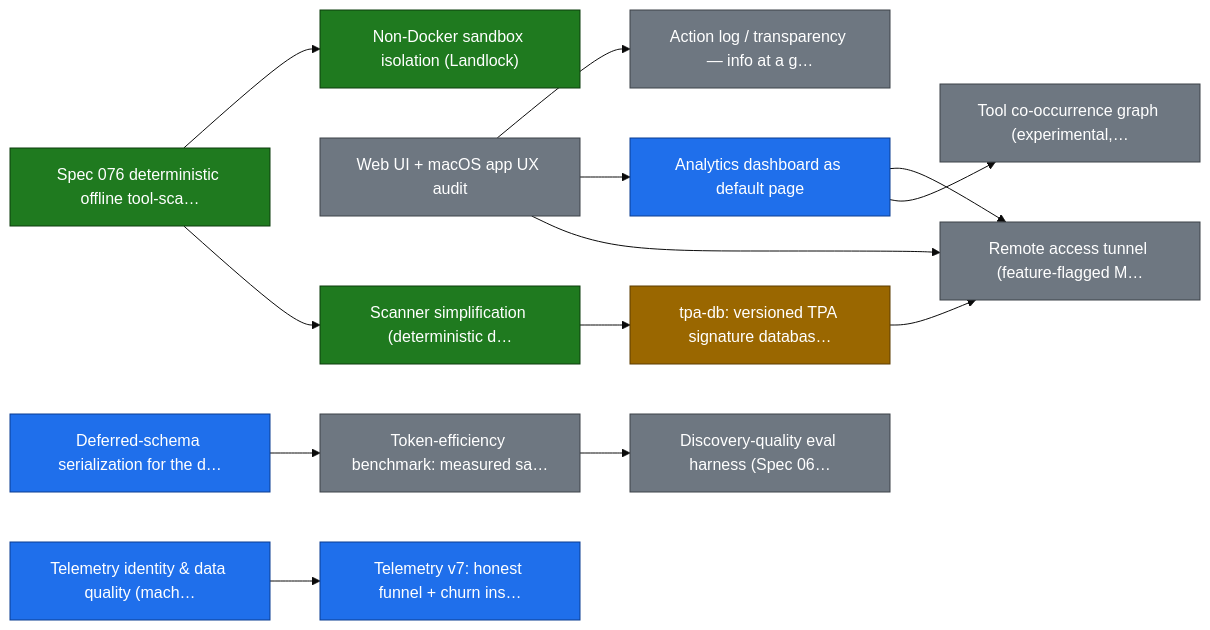
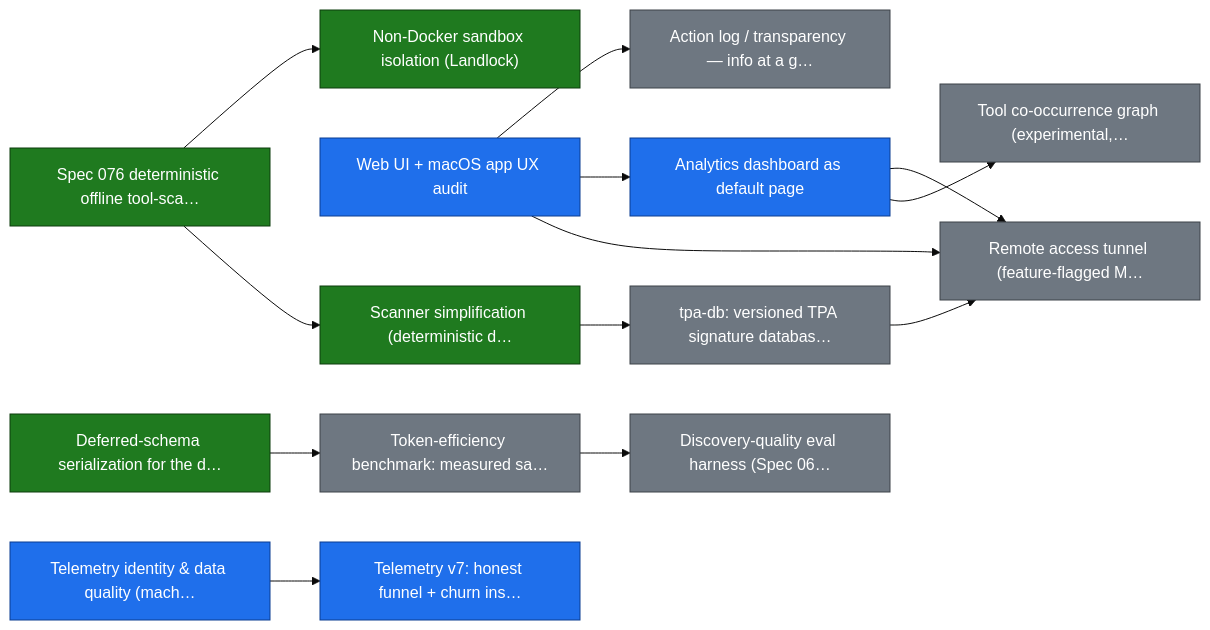
One commit to smart-mcp-proxy/mcpproxy-go changed the first of 20 diagrams in ROADMAP.md. Above: the diagram before and after it, drawn with Mermaid (base theme). The commit also changed other lines of this file and 1 other file, not shown here.

First line of the commit message:
chore(roadmap): truth-sync ux-audit and upgrade-nudge

````diff
--- a/ROADMAP.md
+++ b/ROADMAP.md
@@ -36,39 +36,37 @@
 ```mermaid
 graph LR
   sandbox_isolation["Non-Docker sandbox isolation (Landlock)"]
   scanner_v2["Spec 076 deterministic offline tool-sca…"]
   ux_audit["Web UI + macOS app UX audit"]
   action_log_transparency["Action log / transparency — info at a g…"]
   analytics_dashboard["Analytics dashboard as default page"]
   scanner_simplification["Scanner simplification (deterministic d…"]
   tpa_db["tpa-db: versioned TPA signature databas…"]
   remote_access_tunnel["Remote access tunnel (feature-flagged M…"]
   schema_deferred["Deferred-schema serialization for the d…"]
   token_bench["Token-efficiency benchmark: measured sa…"]
   tool_graph["Tool co-occurrence graph (experimental,…"]
   telemetry_identity["Telemetry identity & data quality (mach…"]
   telemetry_v7_churn["Telemetry v7: honest funnel + churn ins…"]
   discovery_eval_harness["Discovery-quality eval harness (Spec 06…"]
 
   scanner_v2 --> sandbox_isolation
   ux_audit --> action_log_transparency
   ux_audit --> analytics_dashboard
   scanner_v2 --> scanner_simplification
   scanner_simplification --> tpa_db
   tpa_db --> remote_access_tunnel
   ux_audit --> remote_access_tunnel
   analytics_dashboard --> remote_access_tunnel
   schema_deferred --> token_bench
   analytics_dashboard --> tool_graph
   telemetry_identity --> telemetry_v7_churn
   token_bench --> discovery_eval_harness
 
   classDef done fill:#1f7a1f,stroke:#0d3d0d,color:#ffffff;
   classDef in_progress fill:#1f6feb,stroke:#0b3d91,color:#ffffff;
-  classDef in_review fill:#9a6700,stroke:#5c3d00,color:#ffffff;
   classDef todo fill:#6e7781,stroke:#3d4248,color:#ffffff;
-  class sandbox_isolation,scanner_v2,scanner_simplification done;
-  class analytics_dashboard,schema_deferred,telemetry_identity,telemetry_v7_churn in_progress;
-  class tpa_db in_review;
-  class ux_audit,action_log_transparency,remote_access_tunnel,token_bench,tool_graph,discovery_eval_harness todo;
+  class sandbox_isolation,scanner_v2,scanner_simplification,schema_deferred done;
+  class ux_audit,analytics_dashboard,telemetry_identity,telemetry_v7_churn in_progress;
+  class action_log_transparency,tpa_db,remote_access_tunnel,token_bench,tool_graph,discovery_eval_harness todo;
 ```
````
